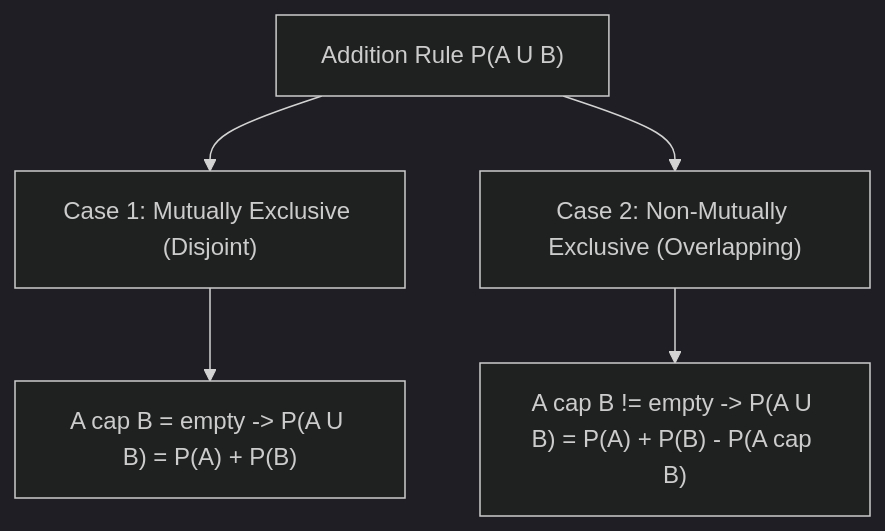
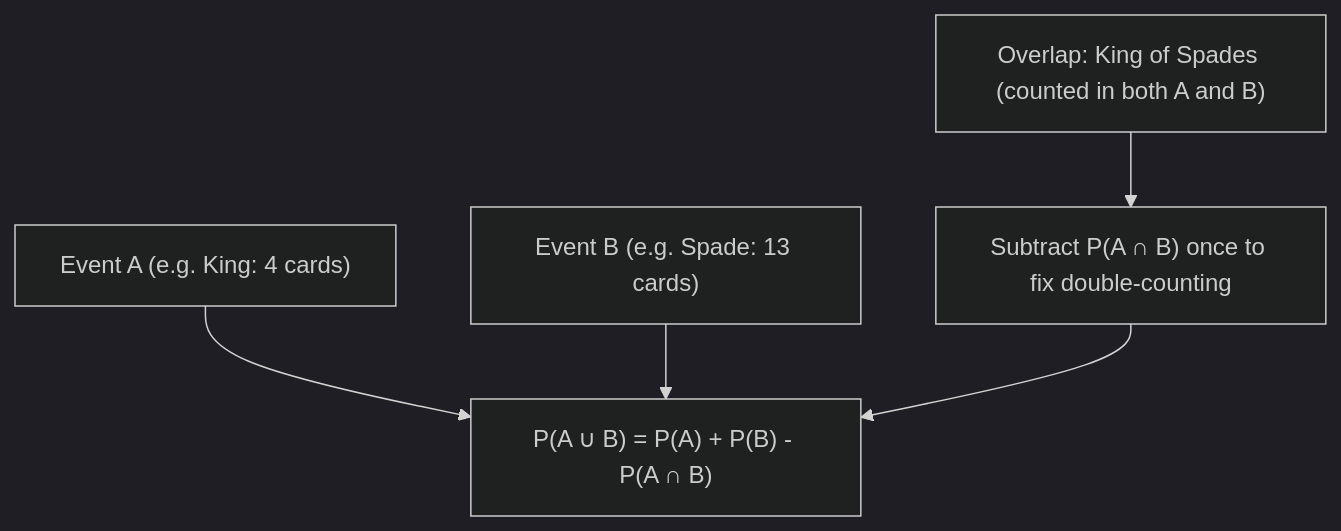
Before and after one commit to S1h2i3v4a/AI_ML: the diagram in lecture_20/Notes_20.07/README.md, drawn with Mermaid (dark theme). The commit also changed other lines of this file and 203 other files, not shown here.

Commit message:
docs(lectures 19-21): align notes with video lectures, add blackboard diagrams, clean structured functions, and compile vector PDFs

````diff
--- a/lecture_20/Notes_20.07/README.md
+++ b/lecture_20/Notes_20.07/README.md
@@ -15,7 +10,7 @@
 ```mermaid
 flowchart TD
-    A["Addition Rule P(A U B)"] --> B["Case 1: Mutually Exclusive (Disjoint)"]
-    A --> C["Case 2: Non-Mutually Exclusive (Overlapping)"]
-    B --> D["A cap B = empty -> P(A U B) = P(A) + P(B)"]
-    C --> E["A cap B != empty -> P(A U B) = P(A) + P(B) - P(A cap B)"]
+    A["Event A (e.g. King: 4 cards)"] --> Union["P(A ∪ B) = P(A) + P(B) - P(A ∩ B)"]
+    B["Event B (e.g. Spade: 13 cards)"] --> Union
+    Overlap["Overlap: King of Spades (counted in both A and B)"] --> Subtract["Subtract P(A ∩ B) once to fix double-counting"]
+    Subtract --> Union
 ```
````
